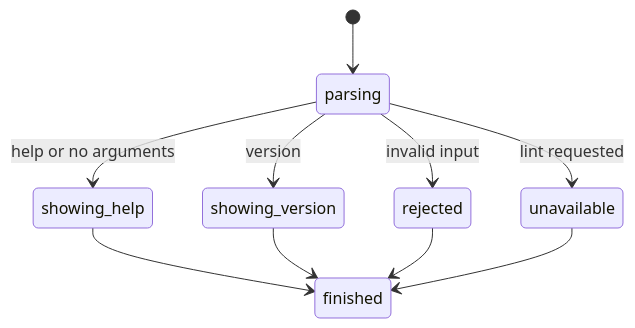
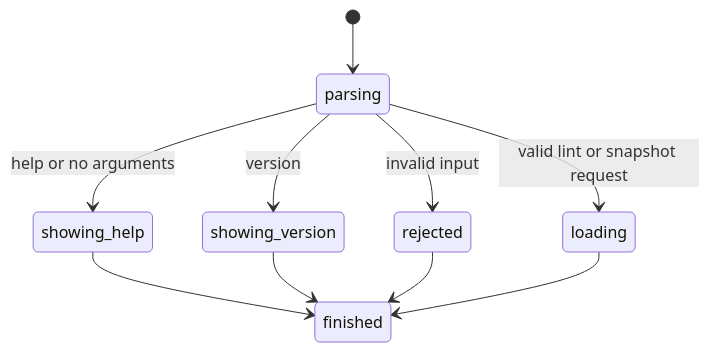
The diagram in cli/help.md (thoriqakbar0/browser.jr), drawn with Mermaid before and after one commit. The commit also changed other lines of this file and 25 other files, not shown here.

````diff
--- a/cli/help.md
+++ b/cli/help.md
@@ -17,12 +17,12 @@
 ```mermaid
 stateDiagram-v2
     [*] --> parsing
     parsing --> showing_help : help or no arguments
     parsing --> showing_version : version
     parsing --> rejected : invalid input
-    parsing --> unavailable : lint requested
+    parsing --> loading : valid lint or snapshot request
     showing_help --> finished
     showing_version --> finished
     rejected --> finished
-    unavailable --> finished
+    loading --> finished
 ```
````
